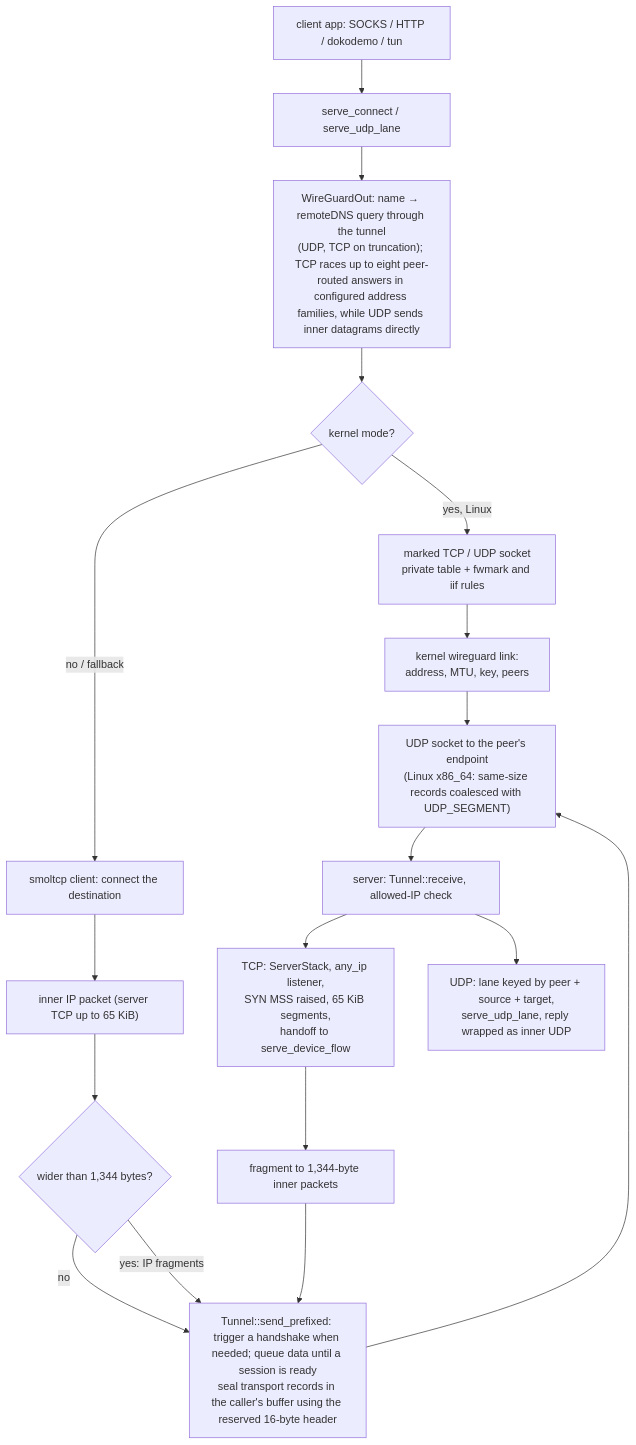
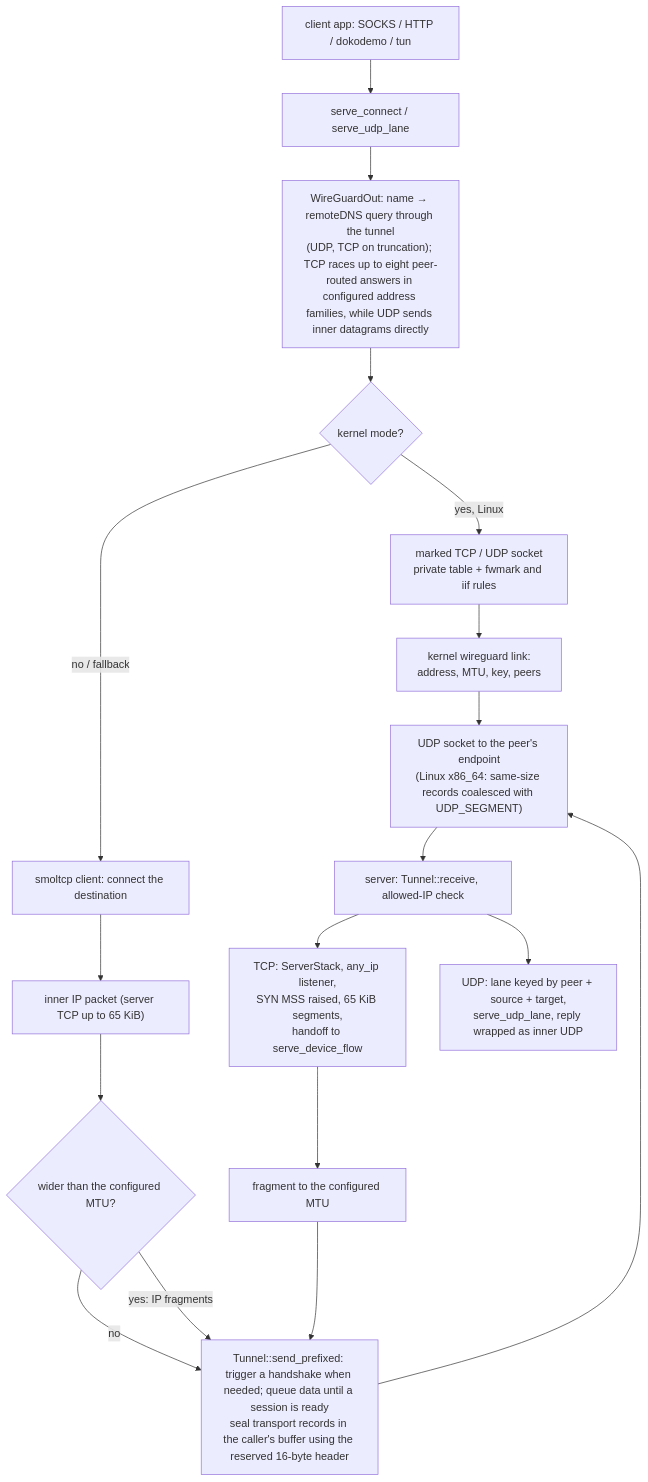
One commit to Ferrocite/ferrox changed the diagram in docs/function/wireguard.md. Above: the diagram before and after it, drawn with Mermaid. The commit also changed other lines of this file and 4 other files, not shown here.

````diff
--- a/docs/function/wireguard.md
+++ b/docs/function/wireguard.md
@@ -23,20 +23,20 @@
 ```mermaid
 graph TD
     A["client app: SOCKS / HTTP / dokodemo / tun"] --> B["serve_connect / serve_udp_lane"]
     B --> C["WireGuardOut: name → remoteDNS query through the tunnel<br/>(UDP, TCP on truncation); TCP races up to eight peer-routed answers in configured address families, while UDP sends inner datagrams directly"]
     C --> K{"kernel mode?"}
     K -->|yes, Linux| L["marked TCP / UDP socket<br/>private table + fwmark and iif rules"]
     L --> M["kernel wireguard link:<br/>address, MTU, key, peers"]
     K -->|no / fallback| N["smoltcp client: connect the destination"]
     N --> D["inner IP packet (server TCP up to 65 KiB)"]
-    D --> D2{"wider than 1,344 bytes?"}
+    D --> D2{"wider than the configured MTU?"}
     D2 -->|no| E
     D2 -->|"yes: IP fragments"| E["Tunnel::send_prefixed: trigger a handshake when needed; queue data until a session is ready<br/>seal transport records in the caller's buffer using the reserved 16-byte header"]
     E --> F["UDP socket to the peer's endpoint<br/>(Linux x86_64: same-size records coalesced with UDP_SEGMENT)"]
     M --> F
     F --> G["server: Tunnel::receive, allowed-IP check"]
     G --> H["TCP: ServerStack, any_ip listener,<br/>SYN MSS raised, 65 KiB segments,<br/>handoff to serve_device_flow"]
-    H --> H2["fragment to 1,344-byte inner packets"]
+    H --> H2["fragment to the configured MTU"]
     H2 --> E
     G --> I["UDP: lane keyed by peer + source + target,<br/>serve_udp_lane, reply wrapped as inner UDP"]
 ```
````
